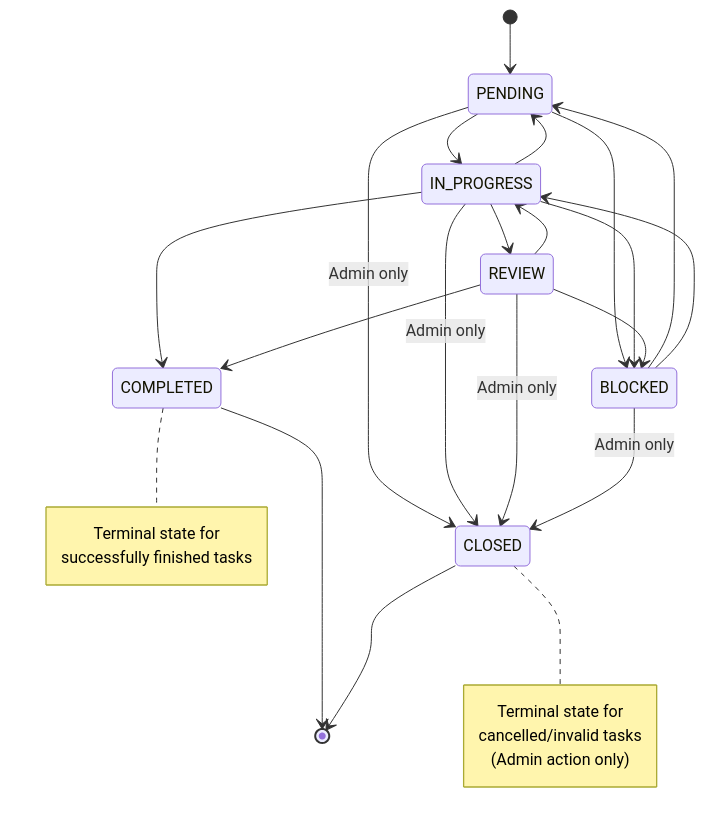
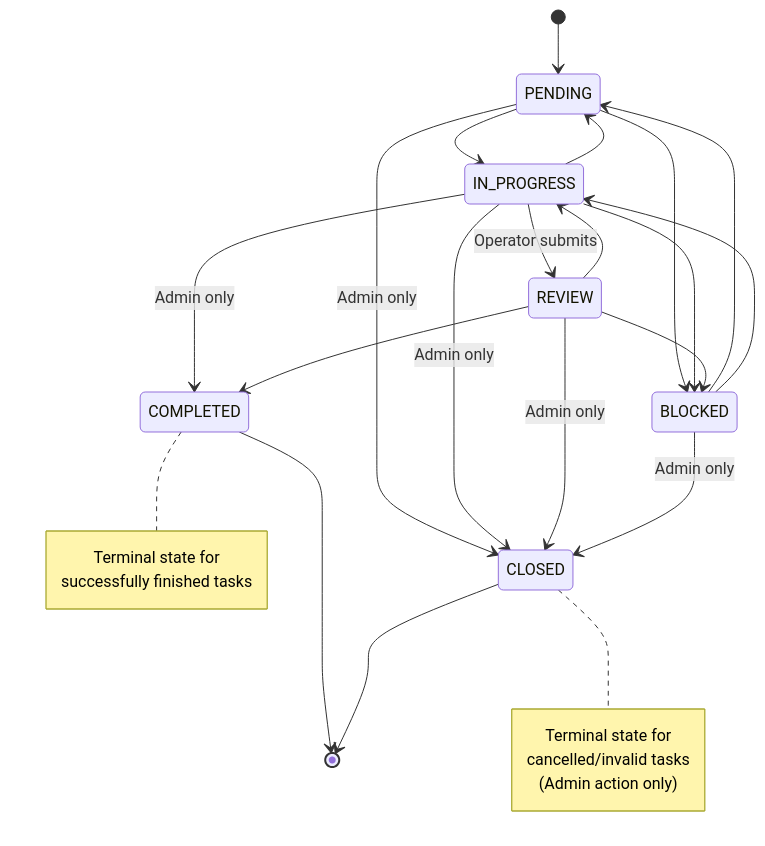
One commit to allenlin90/eridu-services changed the diagram in apps/erify_api/docs/TASK_MANAGEMENT_DESIGN.md. Above: the diagram before and after it, drawn with Mermaid. The commit also changed other lines of this file and 242 other files, not shown here.

````diff
--- a/apps/erify_api/docs/TASK_MANAGEMENT_DESIGN.md
+++ b/apps/erify_api/docs/TASK_MANAGEMENT_DESIGN.md
@@ -483,37 +517,37 @@
 ```mermaid
 stateDiagram-v2
     [*] --> PENDING
     
     PENDING --> IN_PROGRESS
     PENDING --> BLOCKED
     PENDING --> CLOSED : Admin only
     
-    IN_PROGRESS --> REVIEW
-    IN_PROGRESS --> COMPLETED
+    IN_PROGRESS --> REVIEW : Operator submits
+    IN_PROGRESS --> COMPLETED : Admin only
     IN_PROGRESS --> BLOCKED
     IN_PROGRESS --> PENDING
     IN_PROGRESS --> CLOSED : Admin only
     
     REVIEW --> IN_PROGRESS
     REVIEW --> COMPLETED
     REVIEW --> BLOCKED
     REVIEW --> CLOSED : Admin only
     
     BLOCKED --> PENDING
     BLOCKED --> IN_PROGRESS
     BLOCKED --> CLOSED : Admin only
     
     COMPLETED --> [*]
     CLOSED --> [*]
     
     note right of COMPLETED
         Terminal state for
         successfully finished tasks
     end note
     
     note right of CLOSED
         Terminal state for
         cancelled/invalid tasks
         (Admin action only)
     end note
 ```
````
